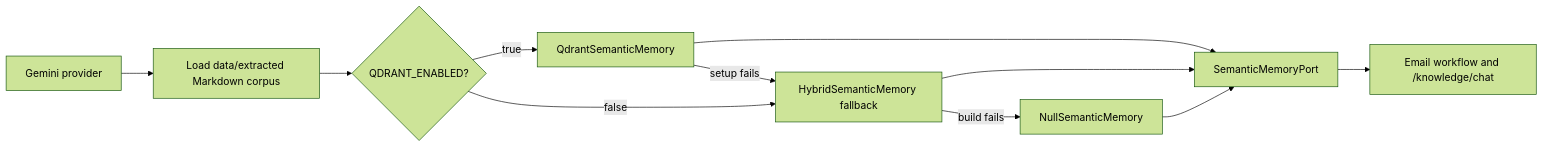
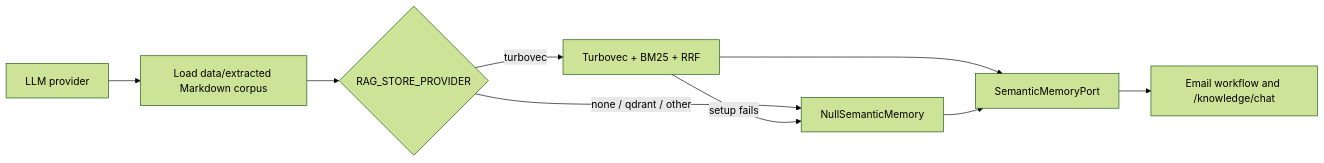
One commit to MathematicGuy/EMAIL-AGENT-v1 changed the diagram in evaluations/RETRIEVAL/EMAIL-RAG-STATUS.md. Above: the diagram before and after it, drawn with Mermaid (forest theme). The commit also changed other lines of this file and 50 other files, not shown here.

````diff
--- a/evaluations/RETRIEVAL/EMAIL-RAG-STATUS.md
+++ b/evaluations/RETRIEVAL/EMAIL-RAG-STATUS.md
@@ -19,13 +13,11 @@
 ```mermaid
 flowchart LR
-    A[Gemini provider] --> B[Load data/extracted Markdown corpus]
-    B --> C{QDRANT_ENABLED?}
-    C -->|true| D[QdrantSemanticMemory]
-    D -->|setup fails| E[HybridSemanticMemory fallback]
-    C -->|false| E
-    E -->|build fails| F[NullSemanticMemory]
+    A[LLM provider] --> B[Load data/extracted Markdown corpus]
+    B --> C{RAG_STORE_PROVIDER}
+    C -->|turbovec| D[Turbovec + BM25 + RRF]
+    C -->|none / qdrant / other| F[NullSemanticMemory]
+    D -->|setup fails| F
     D --> G[SemanticMemoryPort]
-    E --> G
     F --> G
     G --> H[Email workflow and /knowledge/chat]
 ```
````
